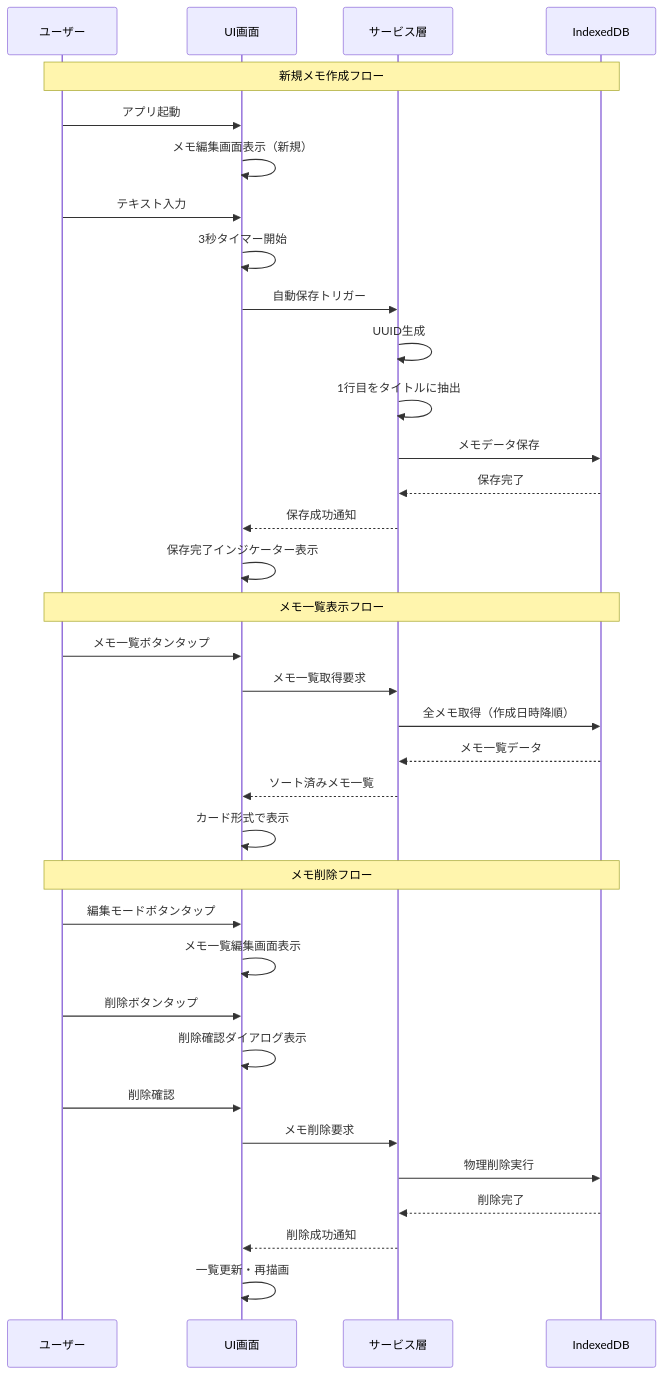
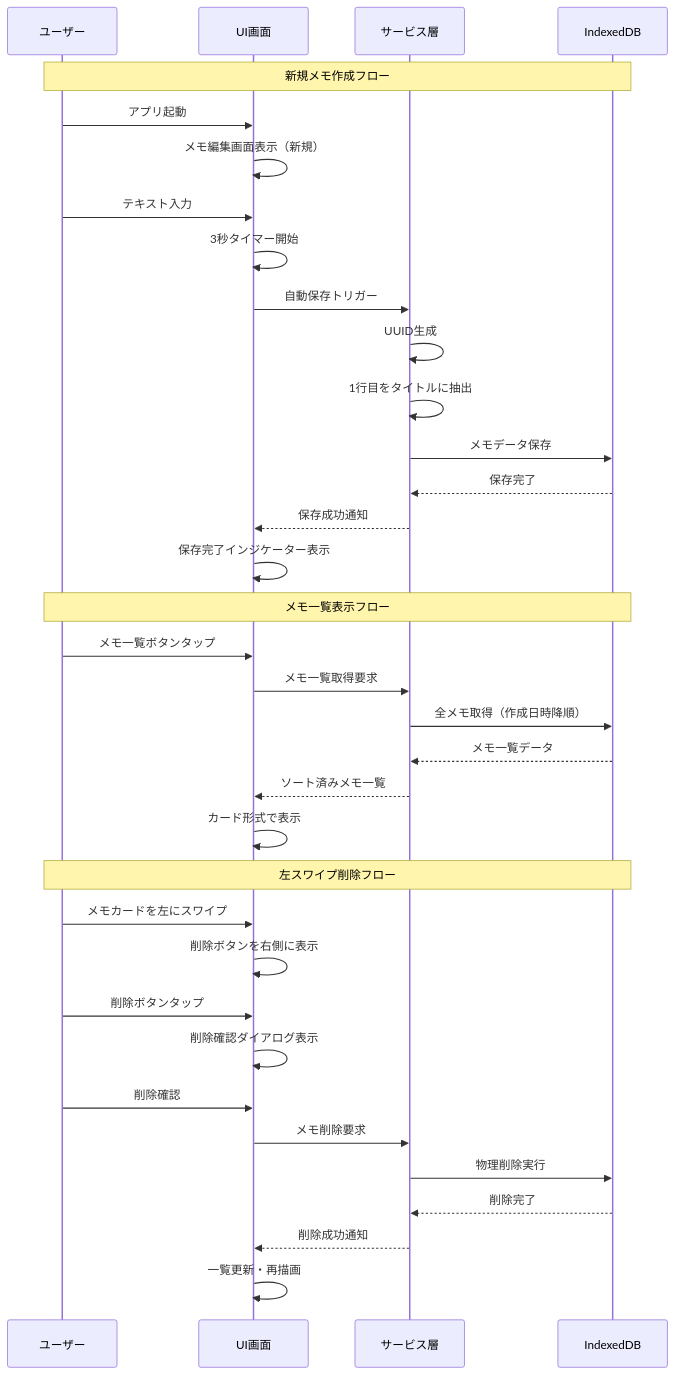
The fifth of 7 diagrams in screenFlow.md (KajiyaManzou/ai-MyNotes), drawn with Mermaid before and after one commit. The commit also changed other lines of this file and 4 other files, not shown here.

````diff
--- a/screenFlow.md
+++ b/screenFlow.md
@@ -167,43 +158,43 @@
 ```mermaid
 sequenceDiagram
     participant U as ユーザー
     participant UI as UI画面
     participant S as サービス層
     participant DB as IndexedDB
     
     Note over U,DB: 新規メモ作成フロー
     
     U->>UI: アプリ起動
     UI->>UI: メモ編集画面表示（新規）
     U->>UI: テキスト入力
     UI->>UI: 3秒タイマー開始
     UI->>S: 自動保存トリガー
     S->>S: UUID生成
     S->>S: 1行目をタイトルに抽出
     S->>DB: メモデータ保存
     DB-->>S: 保存完了
     S-->>UI: 保存成功通知
     UI->>UI: 保存完了インジケーター表示
     
     Note over U,DB: メモ一覧表示フロー
     
     U->>UI: メモ一覧ボタンタップ
     UI->>S: メモ一覧取得要求
     S->>DB: 全メモ取得（作成日時降順）
     DB-->>S: メモ一覧データ
     S-->>UI: ソート済みメモ一覧
     UI->>UI: カード形式で表示
     
-    Note over U,DB: メモ削除フロー
+    Note over U,DB: 左スワイプ削除フロー
     
-    U->>UI: 編集モードボタンタップ
-    UI->>UI: メモ一覧編集画面表示
+    U->>UI: メモカードを左にスワイプ
+    UI->>UI: 削除ボタンを右側に表示
     U->>UI: 削除ボタンタップ
     UI->>UI: 削除確認ダイアログ表示
     U->>UI: 削除確認
     UI->>S: メモ削除要求
     S->>DB: 物理削除実行
     DB-->>S: 削除完了
     S-->>UI: 削除成功通知
     UI->>UI: 一覧更新・再描画
 ```
````
